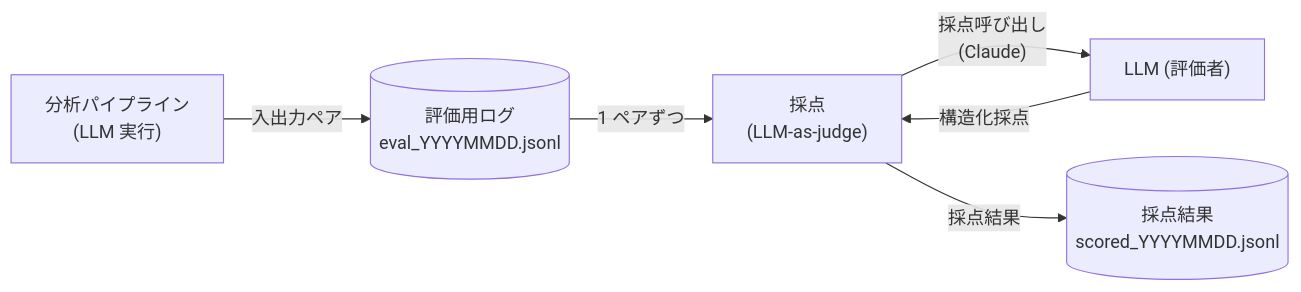
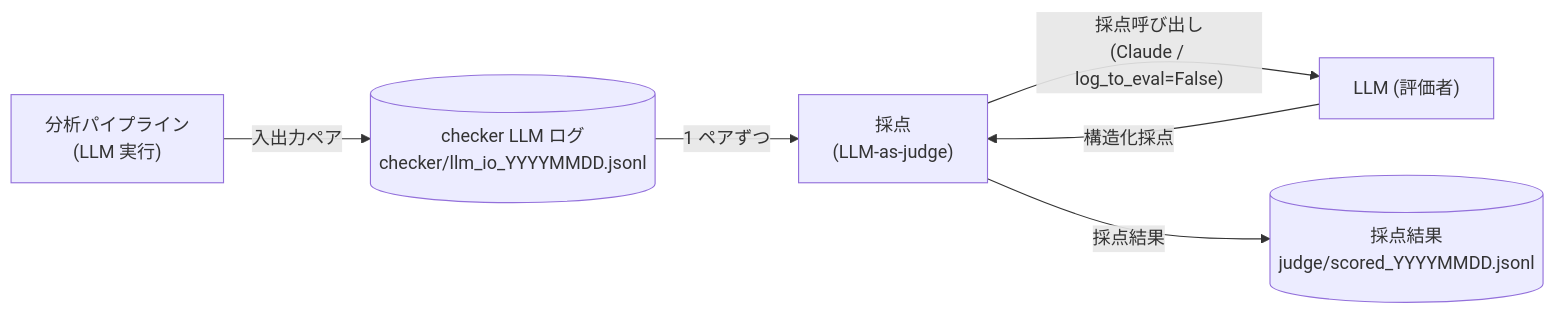
One commit to daisuke0412/md-checker changed the diagram in docs/design/eval.md. Above: the diagram before and after it, drawn with Mermaid. The commit also changed other lines of this file and 40 other files, not shown here.

Commit message:
modify: architecture

````diff
--- a/docs/design/eval.md
+++ b/docs/design/eval.md
@@ -18,8 +18,8 @@
 ```mermaid
 flowchart LR
-    pipe["分析パイプライン<br/>(LLM 実行)"] -->|"入出力ペア"| log[("評価用ログ<br/>eval_YYYYMMDD.jsonl")]
+    pipe["分析パイプライン<br/>(LLM 実行)"] -->|"入出力ペア"| log[("checker LLM ログ<br/>checker/llm_io_YYYYMMDD.jsonl")]
     log -->|"1 ペアずつ"| judge["採点<br/>(LLM-as-judge)"]
-    judge -->|"採点呼び出し<br/>(Claude)"| llm["LLM (評価者)"]
+    judge -->|"採点呼び出し<br/>(Claude / log_to_eval=False)"| llm["LLM (評価者)"]
     llm -->|"構造化採点"| judge
-    judge -->|"採点結果"| scored[("採点結果<br/>scored_YYYYMMDD.jsonl")]
+    judge -->|"採点結果"| scored[("採点結果<br/>judge/scored_YYYYMMDD.jsonl")]
 ```
````
